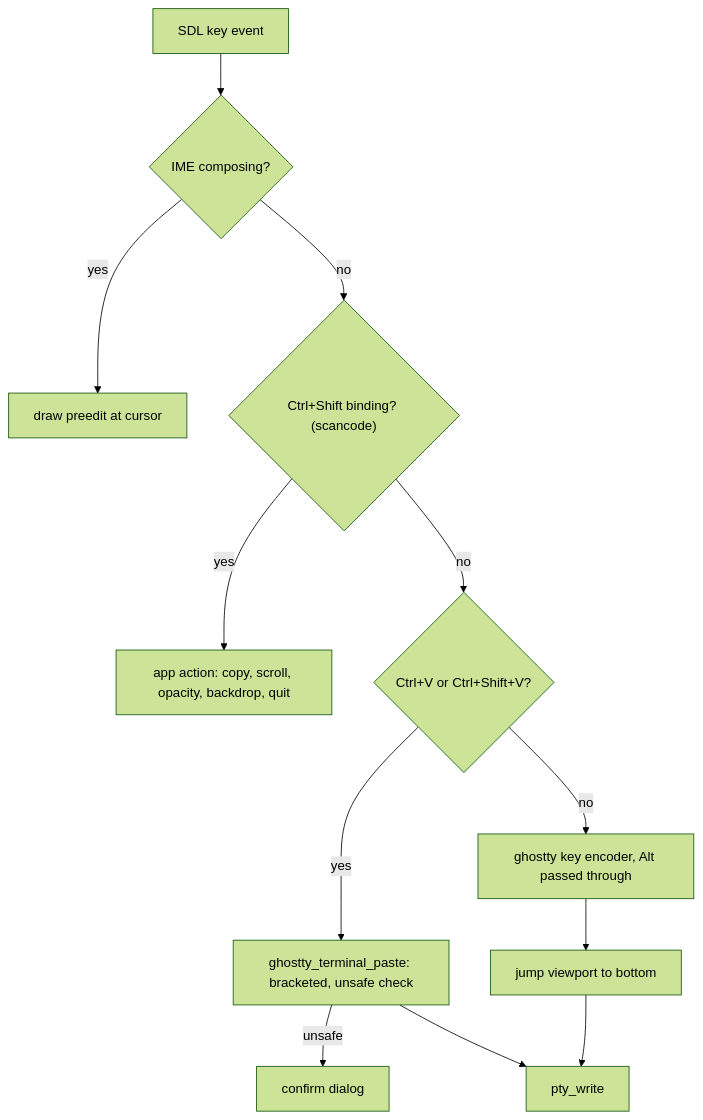
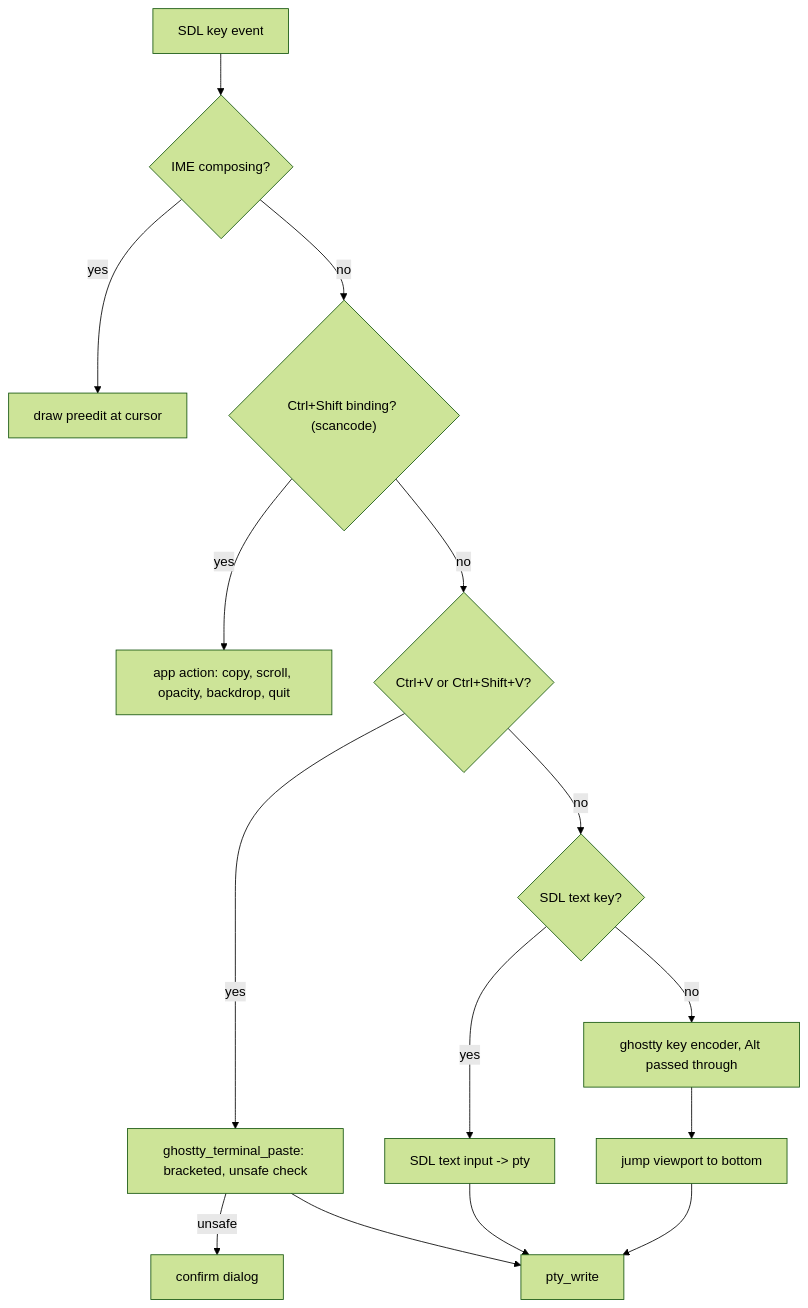
The fifth of 9 diagrams in DESIGN.md (peniel-r/termica), drawn with Mermaid (forest theme) before and after one commit. The commit also changed other lines of this file and 4 other files, not shown here.

First line of the commit message:
Stop sending text keys through the key encoder

````diff
--- a/DESIGN.md
+++ b/DESIGN.md
@@ -186,13 +186,16 @@
 ```mermaid
 flowchart TD
     k["SDL key event"] --> ime{"IME composing?"}
     ime -- yes --> pre["draw preedit at cursor"]
     ime -- no --> bind{"Ctrl+Shift binding? (scancode)"}
     bind -- yes --> act["app action: copy, scroll, opacity, backdrop, quit"]
     bind -- no --> paste{"Ctrl+V or Ctrl+Shift+V?"}
     paste -- yes --> gp["ghostty_terminal_paste: bracketed, unsafe check"]
     gp -- unsafe --> ask["confirm dialog"]
-    paste -- no --> enc["ghostty key encoder, Alt passed through"]
+    paste -- no --> txt{"SDL text key?"}
+    txt -- yes --> ti["SDL text input -> pty"]
+    txt -- no --> enc["ghostty key encoder, Alt passed through"]
     enc --> bottom["jump viewport to bottom"] --> w["pty_write"]
+    ti --> w
     gp --> w
 ```
````
